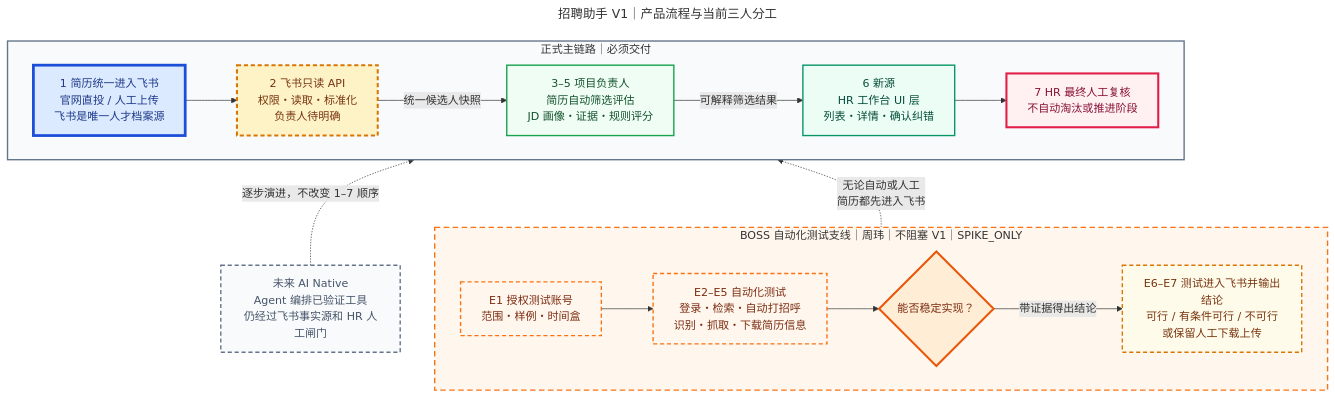
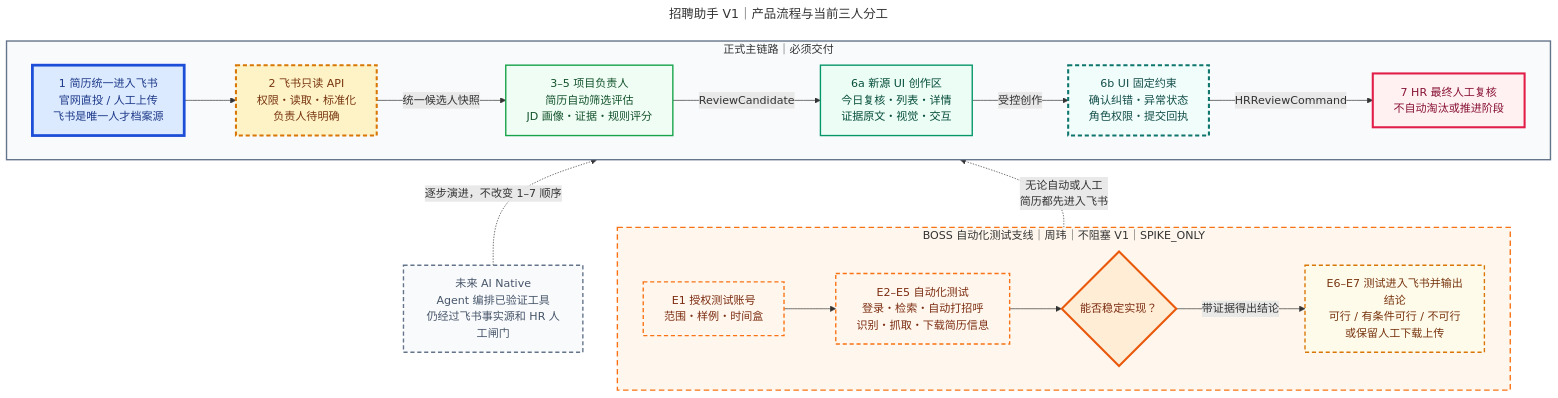
One commit to shandianT/hr changed the diagram in 交付/招聘助手V1_产品全貌与架构_20260821/diagrams/招聘助手V1_总架构流程图.mmd. Above: the diagram before and after it, drawn with Mermaid. The commit also changed 7 other files, not shown here.

```diff
--- a/交付/招聘助手V1_产品全貌与架构_20260821/diagrams/招聘助手V1_总架构流程图.mmd
+++ b/交付/招聘助手V1_产品全貌与架构_20260821/diagrams/招聘助手V1_总架构流程图.mmd
@@ -1,47 +1,50 @@
 ---
 title: 招聘助手 V1｜产品流程与当前三人分工
 ---
 flowchart BT
     subgraph Main[正式主链路｜必须交付]
         direction LR
         M1[1 简历统一进入飞书<br/>官网直投 / 人工上传<br/>飞书是唯一人才档案源]:::feishu
         M2[2 飞书只读 API<br/>权限・读取・标准化<br/>负责人待明确]:::unassigned
         M3[3–5 项目负责人<br/>简历自动筛选评估<br/>JD 画像・证据・规则评分]:::core
-        M4[6 新源<br/>HR 工作台 UI 层<br/>列表・详情・确认纠错]:::ui
+        M4A[6a 新源 UI 创作区<br/>今日复核・列表・详情<br/>证据原文・视觉・交互]:::ui
+        M4B[6b UI 固定约束<br/>确认纠错・异常状态<br/>角色权限・提交回执]:::uiBoundary
         M5[7 HR 最终人工复核<br/>不自动淘汰或推进阶段]:::human
 
         M1 --> M2
         M2 -->|统一候选人快照| M3
-        M3 -->|可解释筛选结果| M4
-        M4 --> M5
+        M3 -->|ReviewCandidate| M4A
+        M4A -->|受控创作| M4B
+        M4B -->|HRReviewCommand| M5
     end
 
     subgraph BossSpike[BOSS 自动化测试支线｜周玮｜不阻塞 V1｜SPIKE_ONLY]
         direction LR
         E1[E1 授权测试账号<br/>范围・样例・时间盒]:::experiment
         E2[E2–E5 自动化测试<br/>登录・检索・自动打招呼<br/>识别・抓取・下载简历信息]:::experiment
         E3{能否稳定实现？}:::decision
         E4[E6–E7 测试进入飞书并输出结论<br/>可行 / 有条件可行 / 不可行<br/>或保留人工下载上传]:::report
 
         E1 --> E2
         E2 --> E3
         E3 -->|带证据得出结论| E4
     end
 
     Future[未来 AI Native<br/>Agent 编排已验证工具<br/>仍经过飞书事实源和 HR 人工闸门]:::future
 
     E4 -.->|无论自动或人工<br/>简历都先进入飞书| M1
     Future -.->|逐步演进，不改变 1–7 顺序| M3
 
     classDef feishu fill:#DBEAFE,stroke:#1D4ED8,color:#1E3A8A,stroke-width:4px;
     classDef unassigned fill:#FEF3C7,stroke:#D97706,color:#78350F,stroke-width:3px,stroke-dasharray: 6 4;
     classDef core fill:#F0FDF4,stroke:#16A34A,color:#14532D,stroke-width:2px;
     classDef ui fill:#ECFDF5,stroke:#059669,color:#064E3B,stroke-width:2px;
+    classDef uiBoundary fill:#F0FDFA,stroke:#0F766E,color:#134E4A,stroke-width:3px,stroke-dasharray: 6 4;
     classDef human fill:#FFF1F2,stroke:#E11D48,color:#881337,stroke-width:3px;
     classDef experiment fill:#FFF7ED,stroke:#F97316,color:#7C2D12,stroke-width:2px,stroke-dasharray: 6 4;
     classDef decision fill:#FFEDD5,stroke:#EA580C,color:#7C2D12,stroke-width:3px;
     classDef report fill:#FFFBEB,stroke:#D97706,color:#78350F,stroke-width:2px,stroke-dasharray: 6 4;
     classDef future fill:#F8FAFC,stroke:#64748B,color:#475569,stroke-width:2px,stroke-dasharray: 6 4;
 
     style Main fill:#F8FAFC,stroke:#64748B,stroke-width:2px
     style BossSpike fill:#FFF7ED,stroke:#F97316,stroke-width:2px,stroke-dasharray: 8 5
```
